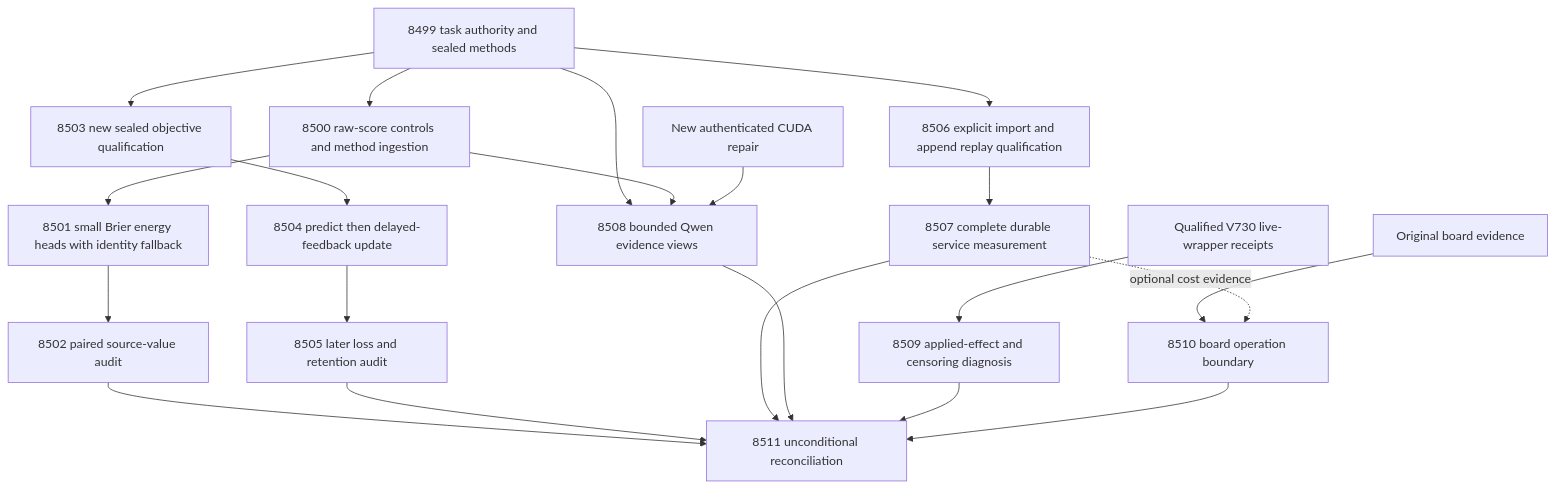
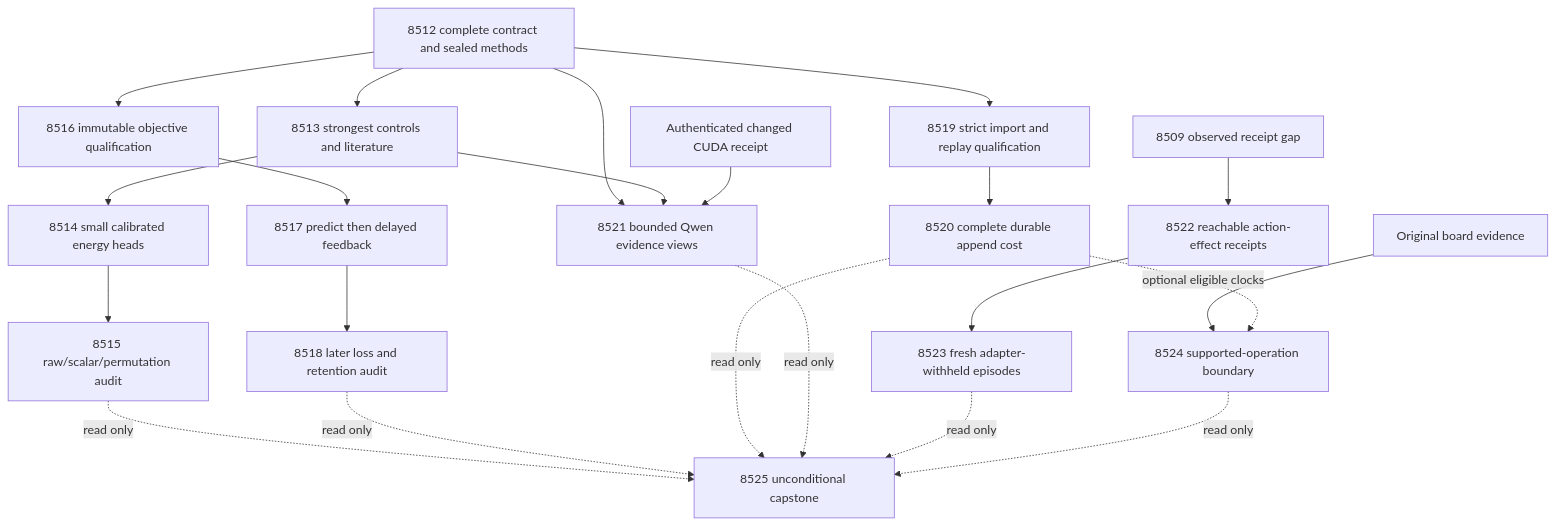
One commit to Carnot-EBM/carnot-ebm changed the diagram in openspec/change-proposals/research-roadmap-vNEXT.md. Above: the diagram before and after it, drawn with Mermaid. The commit also changed other lines of this file and 18 other files, not shown here.

````diff
--- a/openspec/change-proposals/research-roadmap-vNEXT.md
+++ b/openspec/change-proposals/research-roadmap-vNEXT.md
@@ -50,23 +77,24 @@
 ```mermaid
 flowchart TD
-  A[8499 task authority and sealed methods] --> B[8500 raw-score controls and method ingestion]
-  B --> C[8501 small Brier energy heads with identity fallback]
-  C --> D[8502 paired source-value audit]
-  A --> E[8503 new sealed objective qualification]
-  E --> F[8504 predict then delayed-feedback update]
-  F --> G[8505 later loss and retention audit]
-  A --> H[8506 explicit import and append replay qualification]
-  H --> I[8507 complete durable service measurement]
-  A --> Q[8508 bounded Qwen evidence views]
+  A[8512 complete contract and sealed methods] --> B[8513 strongest controls and literature]
+  B --> C[8514 small calibrated energy heads]
+  C --> D[8515 raw/scalar/permutation audit]
+  A --> E[8516 immutable objective qualification]
+  E --> F[8517 predict then delayed feedback]
+  F --> G[8518 later loss and retention audit]
+  A --> H[8519 strict import and replay qualification]
+  H --> I[8520 complete durable append cost]
+  A --> Q[8521 bounded Qwen evidence views]
   B --> Q
-  R[New authenticated CUDA repair] --> Q
-  O[Qualified V730 live-wrapper receipts] --> J[8509 applied-effect and censoring diagnosis]
-  K[Original board evidence] --> L[8510 board operation boundary]
-  I -. optional cost evidence .-> L
-  D --> Z[8511 unconditional reconciliation]
-  G --> Z
-  I --> Z
-  Q --> Z
-  J --> Z
-  L --> Z
+  R[Authenticated changed CUDA receipt] --> Q
+  V[8509 observed receipt gap] --> J[8522 reachable action-effect receipts]
+  J --> K[8523 fresh adapter-withheld episodes]
+  O[Original board evidence] --> L[8524 supported-operation boundary]
+  I -. optional eligible clocks .-> L
+  D -. read only .-> Z[8525 unconditional capstone]
+  G -. read only .-> Z
+  I -. read only .-> Z
+  Q -. read only .-> Z
+  K -. read only .-> Z
+  L -. read only .-> Z
 ```
````
